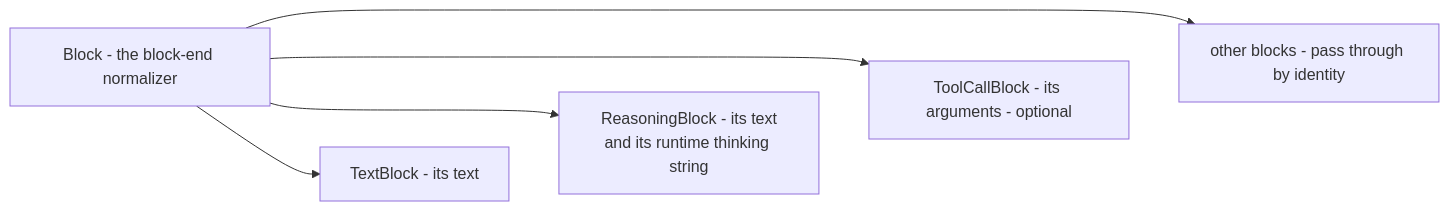
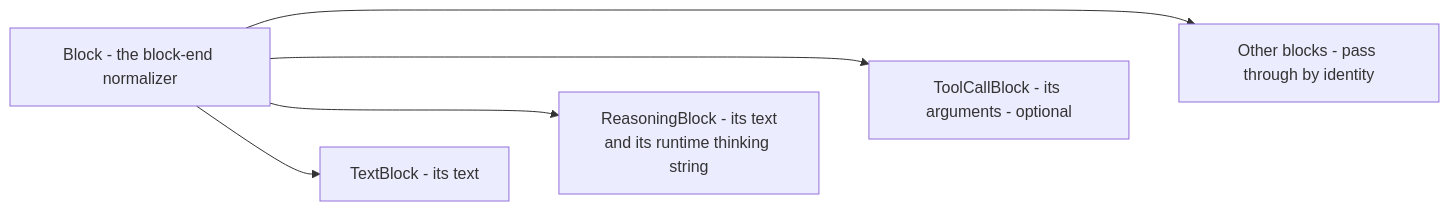
One commit to PlayForm/Site-DeepSeek changed the diagram in Source/Content/Mermaid/core-block-dispatch.mmd. Above: the diagram before and after it, drawn with Mermaid. The commit also changed 80 other files, not shown here.

```diff
--- a/Source/Content/Mermaid/core-block-dispatch.mmd
+++ b/Source/Content/Mermaid/core-block-dispatch.mmd
@@ -1,14 +1,14 @@
 flowchart LR
 	BLOCK["Block - the block-end normalizer"]
 	TB["TextBlock - its text"]
 	RB["ReasoningBlock - its text<br/>and its runtime thinking string"]
 	TC["ToolCallBlock - its arguments - optional"]
-	OTH["other blocks - pass through by identity"]
+	OTH["Other blocks - pass through by identity"]
 	BLOCK --> TB
 	BLOCK --> RB
 	BLOCK --> TC
 	BLOCK --> OTH
 	%% Invisible layout links only - no semantics.
 	TB ~~~ RB
 	RB ~~~ TC
 	TC ~~~ OTH
```
